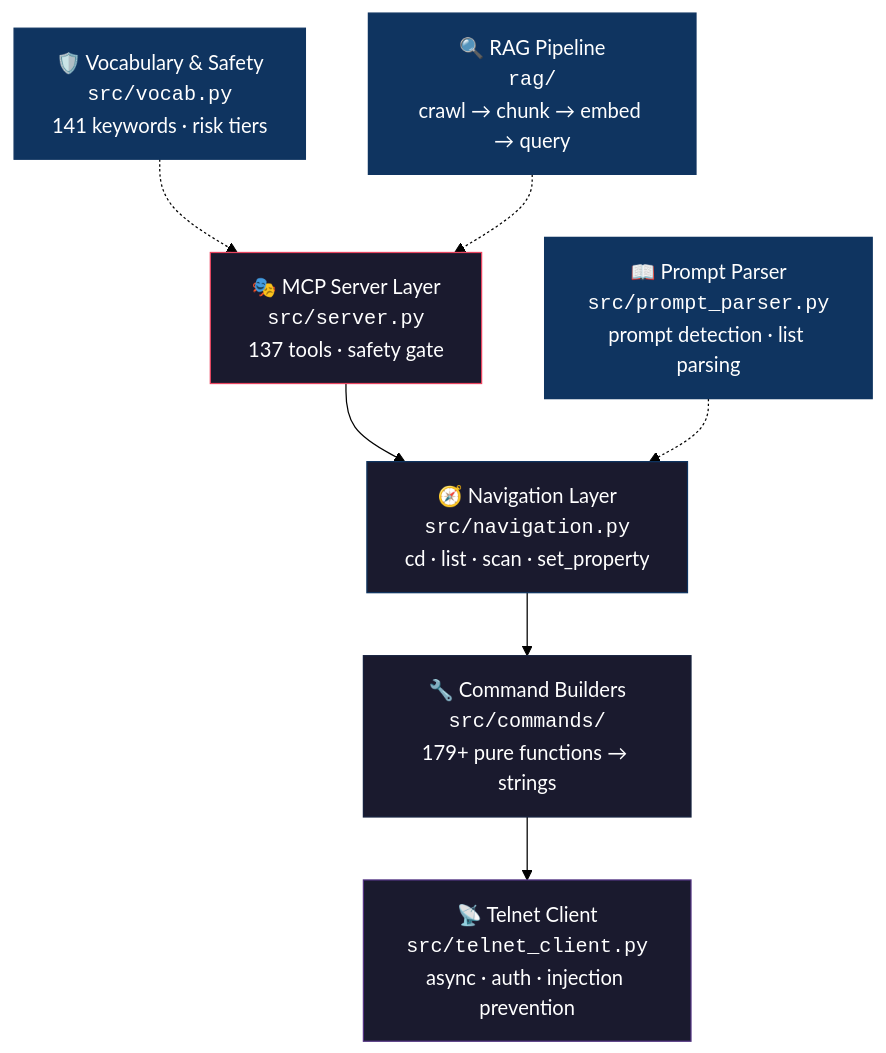
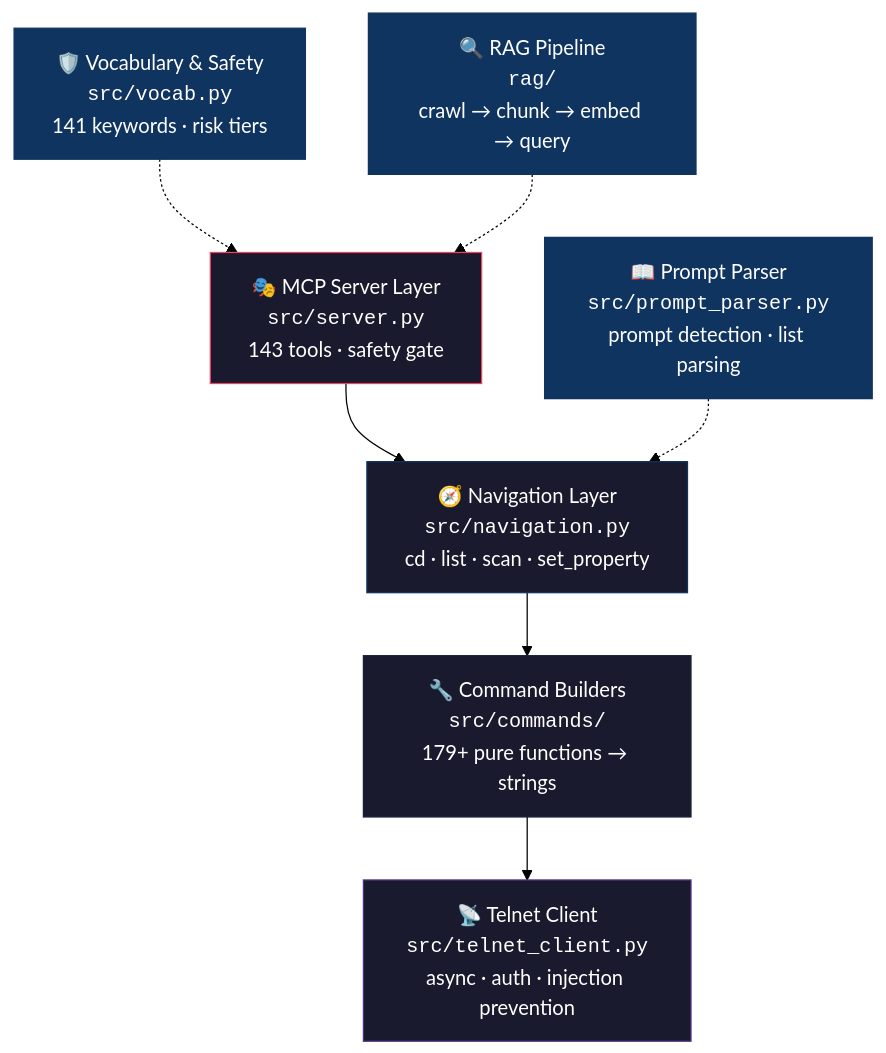
Before and after one commit to thisis-romar/ma2-onPC-MCP: the first of 3 diagrams in README.md, drawn with Mermaid (forest theme). The commit also changed other lines of this file and 2 other files, not shown here.

First line of the commit message:
docs: audit all markdown — update to 143 tools, 2081 tests, 3 new modules

````diff
--- a/README.md
+++ b/README.md
@@ -55,19 +55,19 @@
 ```mermaid
 graph TD
-    A["🎭 MCP Server Layer<br/><code>src/server.py</code><br/>137 tools · safety gate"] --> B
+    A["🎭 MCP Server Layer<br/><code>src/server.py</code><br/>143 tools · safety gate"] --> B
     B["🧭 Navigation Layer<br/><code>src/navigation.py</code><br/>cd · list · scan · set_property"] --> C
     C["🔧 Command Builders<br/><code>src/commands/</code><br/>179+ pure functions → strings"] --> D
     D["📡 Telnet Client<br/><code>src/telnet_client.py</code><br/>async · auth · injection prevention"]
 
     E["📖 Prompt Parser<br/><code>src/prompt_parser.py</code><br/>prompt detection · list parsing"] -.-> B
     F["🛡️ Vocabulary & Safety<br/><code>src/vocab.py</code><br/>141 keywords · risk tiers"] -.-> A
     G["🔍 RAG Pipeline<br/><code>rag/</code><br/>crawl → chunk → embed → query"] -.-> A
 
     style A fill:#1a1a2e,stroke:#e94560,color:#fff
     style B fill:#1a1a2e,stroke:#0f3460,color:#fff
     style C fill:#1a1a2e,stroke:#16213e,color:#fff
     style D fill:#1a1a2e,stroke:#533483,color:#fff
     style E fill:#0f3460,stroke:#0f3460,color:#fff
     style F fill:#0f3460,stroke:#0f3460,color:#fff
     style G fill:#0f3460,stroke:#0f3460,color:#fff
 ```
````
